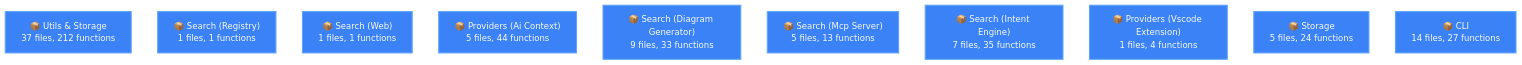
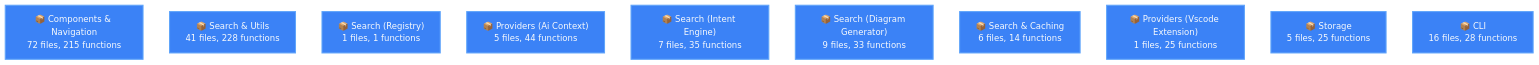
The diagram in .mikk/diagrams/main.mmd (Ansh-dhanani/mikk), drawn with Mermaid before and after one commit. The commit also changed 93 other files, not shown here.

Commit message:
feat: Introduce core parsing, contract, CLI, watcher, MCP server, AI context, intent engine, diagram generation, and web app components.

```diff
--- a/.mikk/diagrams/main.mmd
+++ b/.mikk/diagrams/main.mmd
@@ -1,26 +1,26 @@
 %%{init: {"theme": "base", "themeVariables": {"primaryColor": "#1e293b", "primaryTextColor": "#e2e8f0", "lineColor": "#64748b", "secondaryColor": "#334155", "tertiaryColor": "#475569", "background": "#0f172a", "mainBkg": "#1e293b", "nodeBorder": "#475569"}}}%%
 graph TD
 
-    packages_core["📦 Utils & Storage<br/>37 files, 212 functions"]
+    apps_web_components["📦 Components & Navigation<br/>72 files, 215 functions"]
+    packages_core["📦 Search & Utils<br/>41 files, 228 functions"]
     apps_registry["📦 Search (Registry)<br/>1 files, 1 functions"]
-    apps_web["📦 Search (Web)<br/>1 files, 1 functions"]
     packages_ai_context["📦 Providers (Ai Context)<br/>5 files, 44 functions"]
+    packages_intent_engine["📦 Search (Intent Engine)<br/>7 files, 35 functions"]
     packages_diagram_generator["📦 Search (Diagram Generator)<br/>9 files, 33 functions"]
-    packages_mcp_server["📦 Search (Mcp Server)<br/>5 files, 13 functions"]
-    packages_intent_engine["📦 Search (Intent Engine)<br/>7 files, 35 functions"]
-    packages_vscode_extension["📦 Providers (Vscode Extension)<br/>1 files, 4 functions"]
-    packages_watcher["📦 Storage<br/>5 files, 24 functions"]
-    packages_cli["📦 CLI<br/>14 files, 27 functions"]
+    packages_mcp_server["📦 Search & Caching<br/>6 files, 14 functions"]
+    packages_vscode_extension["📦 Providers (Vscode Extension)<br/>1 files, 25 functions"]
+    packages_watcher["📦 Storage<br/>5 files, 25 functions"]
+    packages_cli["📦 CLI<br/>16 files, 28 functions"]
 
 
     classDef module fill:#3b82f6,stroke:#60a5fa,color:#f8fafc,stroke-width:2px
+    class apps_web_components module
     class packages_core module
     class apps_registry module
-    class apps_web module
     class packages_ai_context module
+    class packages_intent_engine module
     class packages_diagram_generator module
     class packages_mcp_server module
-    class packages_intent_engine module
     class packages_vscode_extension module
     class packages_watcher module
     class packages_cli module
```
